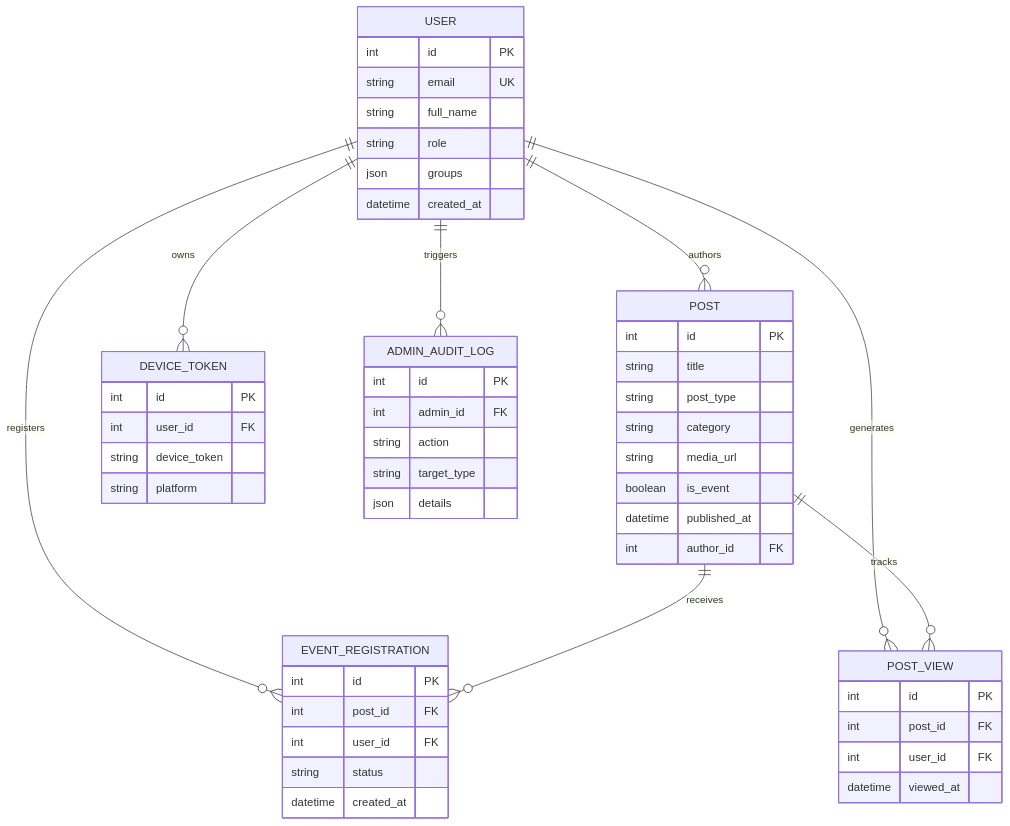
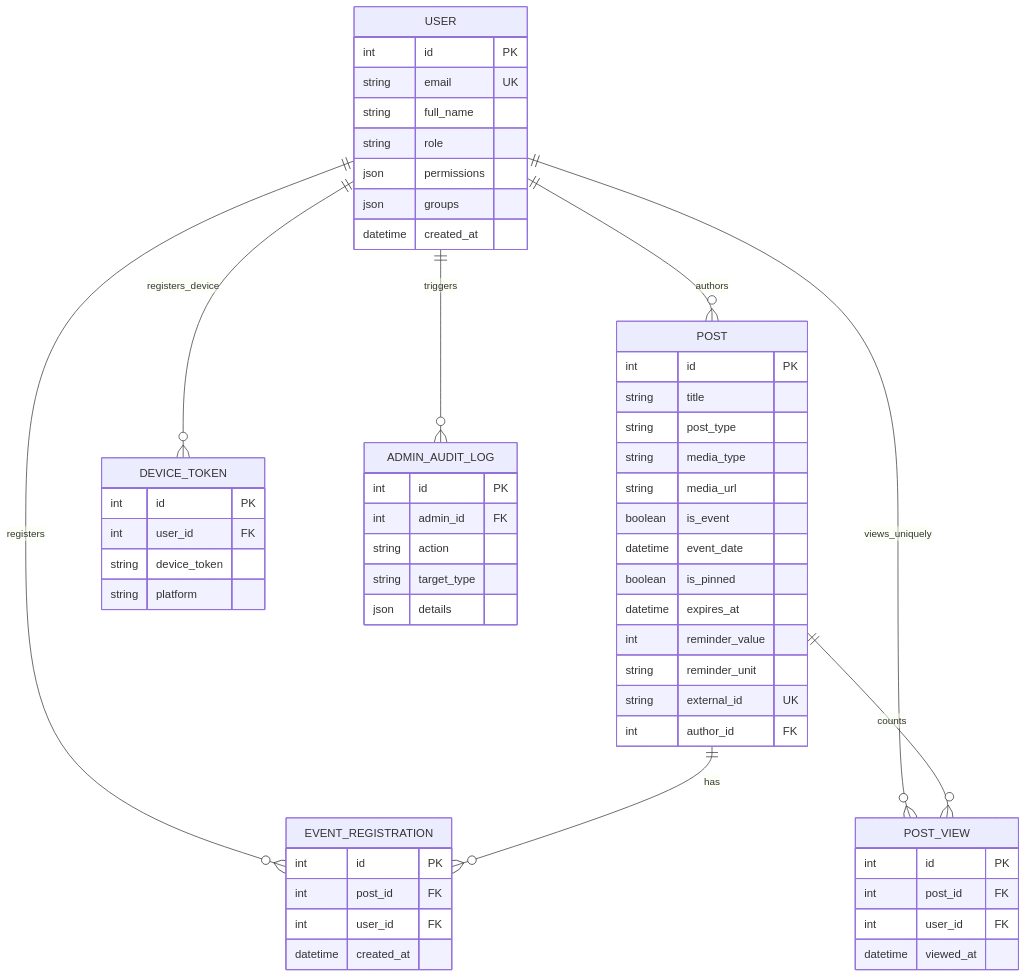
Before and after one commit to Pascal-Thommen/pascal-thommen.github.io: the first of 3 diagrams in content/posts/upa-campus-app-architecture-part-6/index.en.md, drawn with Mermaid. The commit also changed other lines of this file and 20 other files, not shown here.

Commit message:
feat(posts): refine UPA Campus App architecture series with holistic webapp mental model and specification depth

````diff
--- a/content/posts/upa-campus-app-architecture-part-6/index.en.md
+++ b/content/posts/upa-campus-app-architecture-part-6/index.en.md
@@ -36,55 +28,60 @@
 ```mermaid
 erDiagram
     USER ||--o{ POST : "authors"
     USER ||--o{ EVENT_REGISTRATION : "registers"
-    USER ||--o{ POST_VIEW : "generates"
-    USER ||--o{ DEVICE_TOKEN : "owns"
+    USER ||--o{ POST_VIEW : "views_uniquely"
+    USER ||--o{ DEVICE_TOKEN : "registers_device"
     USER ||--o{ ADMIN_AUDIT_LOG : "triggers"
-    POST ||--o{ EVENT_REGISTRATION : "receives"
-    POST ||--o{ POST_VIEW : "tracks"
+    POST ||--o{ EVENT_REGISTRATION : "has"
+    POST ||--o{ POST_VIEW : "counts"
 
     USER {
         int id PK
         string email UK
         string full_name
         string role
+        json permissions
         json groups
         datetime created_at
     }
     POST {
         int id PK
         string title
         string post_type
-        string category
+        string media_type
         string media_url
         boolean is_event
-        datetime published_at
+        datetime event_date
+        boolean is_pinned
+        datetime expires_at
+        int reminder_value
+        string reminder_unit
+        string external_id UK
         int author_id FK
     }
     EVENT_REGISTRATION {
         int id PK
         int post_id FK
         int user_id FK
-        string status
         datetime created_at
     }
     POST_VIEW {
         int id PK
         int post_id FK
         int user_id FK
         datetime viewed_at
     }
     DEVICE_TOKEN {
         int id PK
         int user_id FK
         string device_token
         string platform
     }
     ADMIN_AUDIT_LOG {
         int id PK
         int admin_id FK
         string action
         string target_type
         json details
     }
 ```
````
